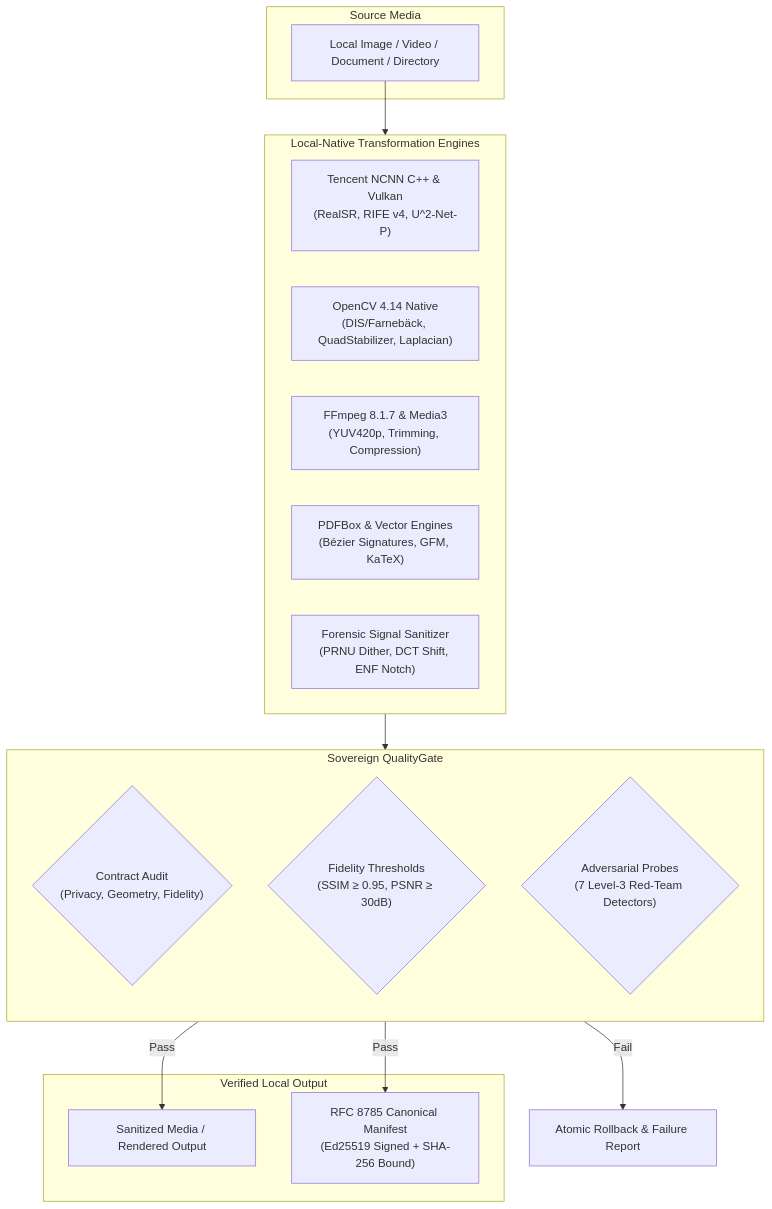
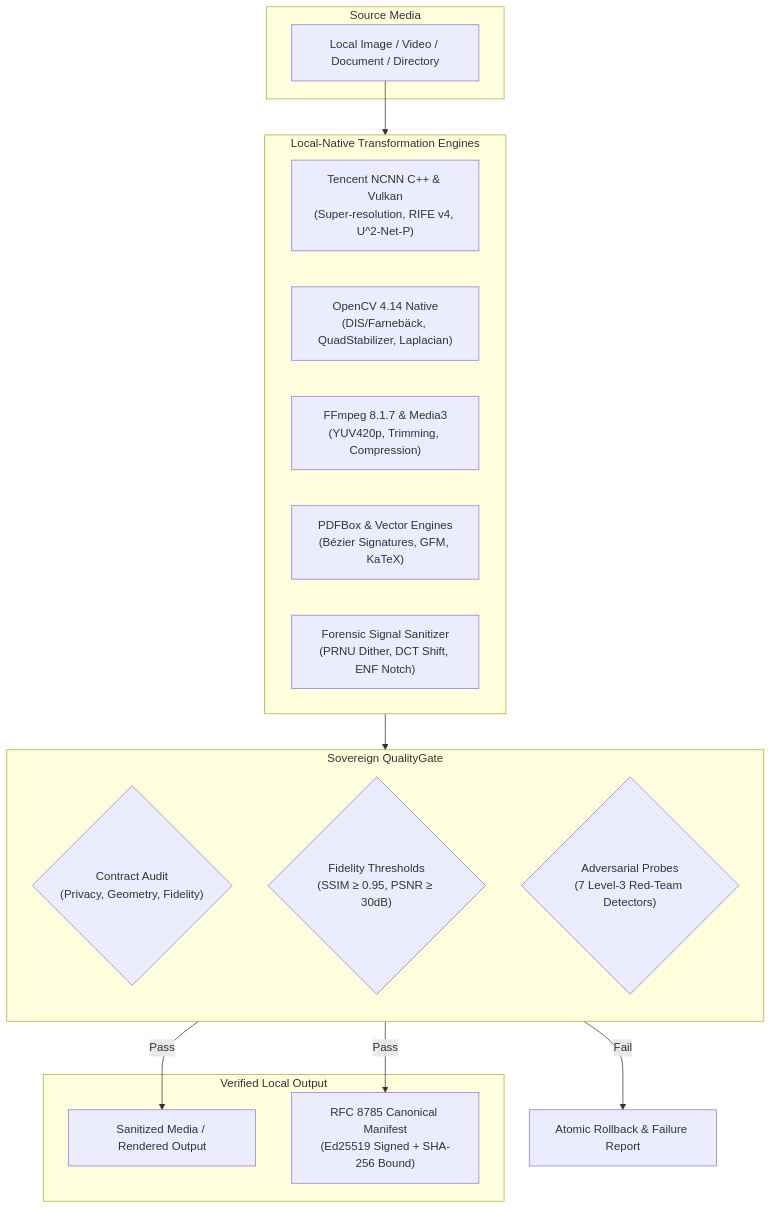
The diagram in README.md (sahir247/VeilFrame), drawn with Mermaid before and after one commit. The commit also changed other lines of this file, not shown here.

Commit message:
Remove RealSR and EFQRCode references from README wording

````diff
--- a/README.md
+++ b/README.md
@@ -91,32 +91,32 @@
 ```mermaid
 flowchart TD
     subgraph Input[" Source Media "]
         SRC[Local Image / Video / Document / Directory]
     end
 
     subgraph Engines[" Local-Native Transformation Engines "]
-        NCNN["Tencent NCNN C++ & Vulkan\n(RealSR, RIFE v4, U^2-Net-P)"]
+        NCNN["Tencent NCNN C++ & Vulkan\n(Super-resolution, RIFE v4, U^2-Net-P)"]
         CV["OpenCV 4.14 Native\n(DIS/Farnebäck, QuadStabilizer, Laplacian)"]
         FFMPEG["FFmpeg 8.1.7 & Media3\n(YUV420p, Trimming, Compression)"]
         DOC["PDFBox & Vector Engines\n(Bézier Signatures, GFM, KaTeX)"]
         SANITIZER["Forensic Signal Sanitizer\n(PRNU Dither, DCT Shift, ENF Notch)"]
     end
 
     subgraph QualityGate[" Sovereign QualityGate "]
         direction TB
         QG1{"Contract Audit\n(Privacy, Geometry, Fidelity)"}
         QG2{"Fidelity Thresholds\n(SSIM ≥ 0.95, PSNR ≥ 30dB)"}
         QG3{"Adversarial Probes\n(7 Level-3 Red-Team Detectors)"}
     end
 
     subgraph Output[" Verified Local Output "]
         OUT[Sanitized Media / Rendered Output]
         MANIFEST["RFC 8785 Canonical Manifest\n(Ed25519 Signed + SHA-256 Bound)"]
     end
 
     SRC --> Engines
     Engines --> QualityGate
     QualityGate -->|Pass| OUT
     QualityGate -->|Pass| MANIFEST
     QualityGate -->|Fail| REJECT[Atomic Rollback & Failure Report]
 ```
````
